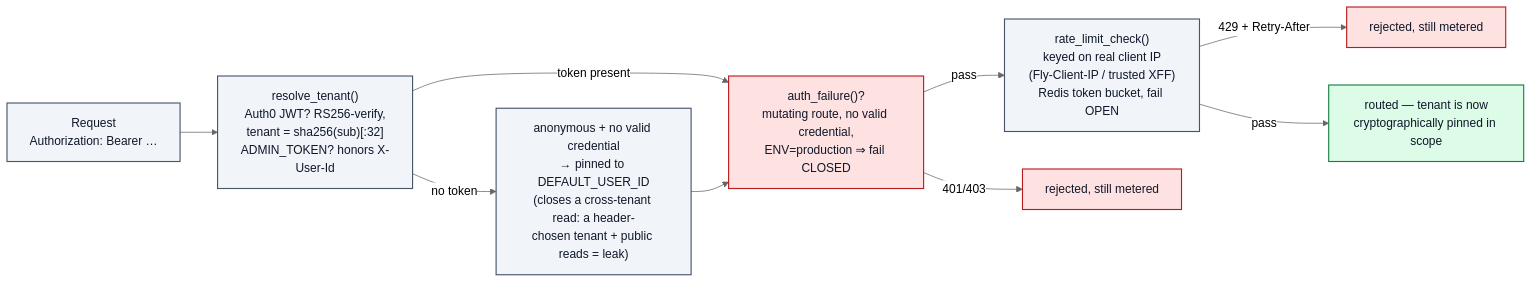
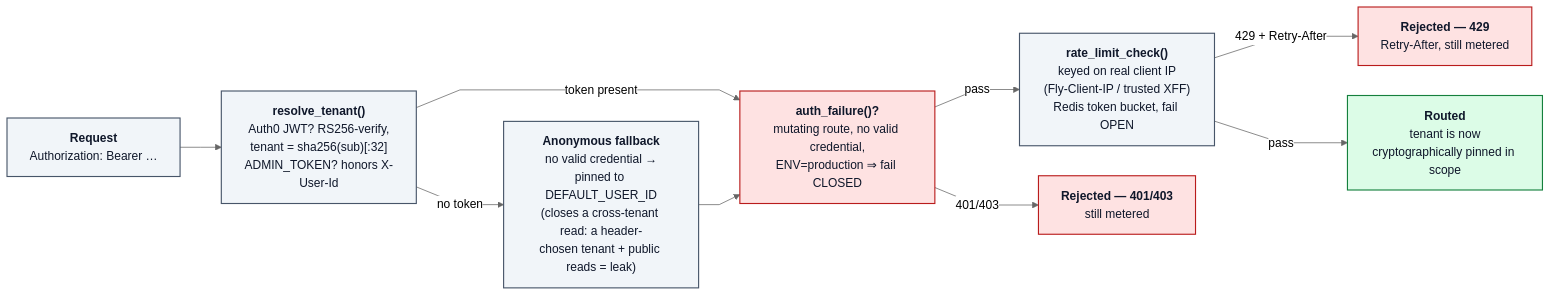
The third of 8 diagrams in ARCHITECTURE.md (Bhardwaj-Saurabh/ScholarMomentSearch), drawn with Mermaid (neutral theme) before and after one commit. The commit also changed other lines of this file, not shown here.

Commit message:
Polish HLD/mermaid diagrams: straight edges, bold headers, unified legend/palette

````diff
--- a/ARCHITECTURE.md
+++ b/ARCHITECTURE.md
@@ -188,21 +220,24 @@
 ```mermaid
+%%{init: {'flowchart': {'curve': 'linear', 'nodeSpacing': 40, 'rankSpacing': 55}}}%%
 flowchart LR
   classDef step fill:#f1f5f9,stroke:#475569,stroke-width:1.5px,color:#0f172a
   classDef reject fill:#fee2e2,stroke:#b91c1c,stroke-width:1.5px,color:#0f172a
   classDef ok fill:#dcfce7,stroke:#15803d,stroke-width:1.5px,color:#0f172a
 
-  REQ["Request<br/>Authorization: Bearer …"]:::step
-  RESOLVE["resolve_tenant()<br/>Auth0 JWT? RS256-verify,<br/>tenant = sha256(sub)[:32]<br/>ADMIN_TOKEN? honors X-User-Id"]:::step
-  ANON["anonymous + no valid credential<br/>→ pinned to DEFAULT_USER_ID<br/>(closes a cross-tenant read: a header-<br/>chosen tenant + public reads = leak)"]:::step
-  FAIL["auth_failure()?<br/>mutating route, no valid credential,<br/>ENV=production ⇒ fail CLOSED"]:::reject
-  RATE["rate_limit_check()<br/>keyed on real client IP<br/>(Fly-Client-IP / trusted XFF)<br/>Redis token bucket, fail OPEN"]:::step
-  OK["routed — tenant is now<br/>cryptographically pinned in scope"]:::ok
+  REQ["<b>Request</b><br/>Authorization: Bearer …"]:::step
+  RESOLVE["<b>resolve_tenant()</b><br/>Auth0 JWT? RS256-verify,<br/>tenant = sha256(sub)[:32]<br/>ADMIN_TOKEN? honors X-User-Id"]:::step
+  ANON["<b>Anonymous fallback</b><br/>no valid credential →<br/>pinned to DEFAULT_USER_ID<br/>(closes a cross-tenant read: a header-<br/>chosen tenant + public reads = leak)"]:::step
+  FAIL["<b>auth_failure()?</b><br/>mutating route, no valid credential,<br/>ENV=production ⇒ fail CLOSED"]:::reject
+  RATE["<b>rate_limit_check()</b><br/>keyed on real client IP<br/>(Fly-Client-IP / trusted XFF)<br/>Redis token bucket, fail OPEN"]:::step
+  OK["<b>Routed</b><br/>tenant is now<br/>cryptographically pinned in scope"]:::ok
+  REJ2["<b>Rejected — 401/403</b><br/>still metered"]:::reject
+  REJ3["<b>Rejected — 429</b><br/>Retry-After, still metered"]:::reject
 
   REQ --> RESOLVE
   RESOLVE -->|"token present"| FAIL
   RESOLVE -->|"no token"| ANON --> FAIL
-  FAIL -->|"401/403"| REJ2["rejected, still metered"]:::reject
+  FAIL -->|"401/403"| REJ2
   FAIL -->|"pass"| RATE
-  RATE -->|"429 + Retry-After"| REJ3["rejected, still metered"]:::reject
+  RATE -->|"429 + Retry-After"| REJ3
   RATE -->|"pass"| OK
 ```
````
